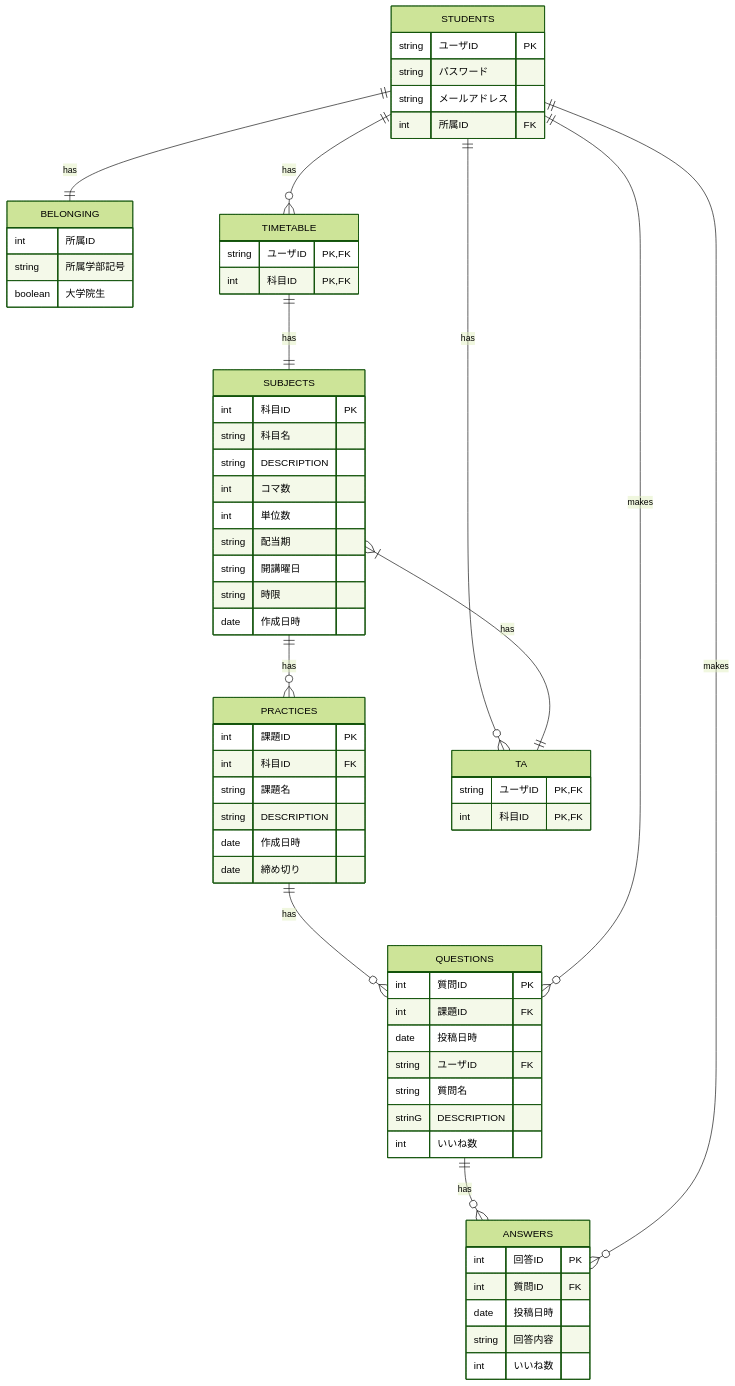
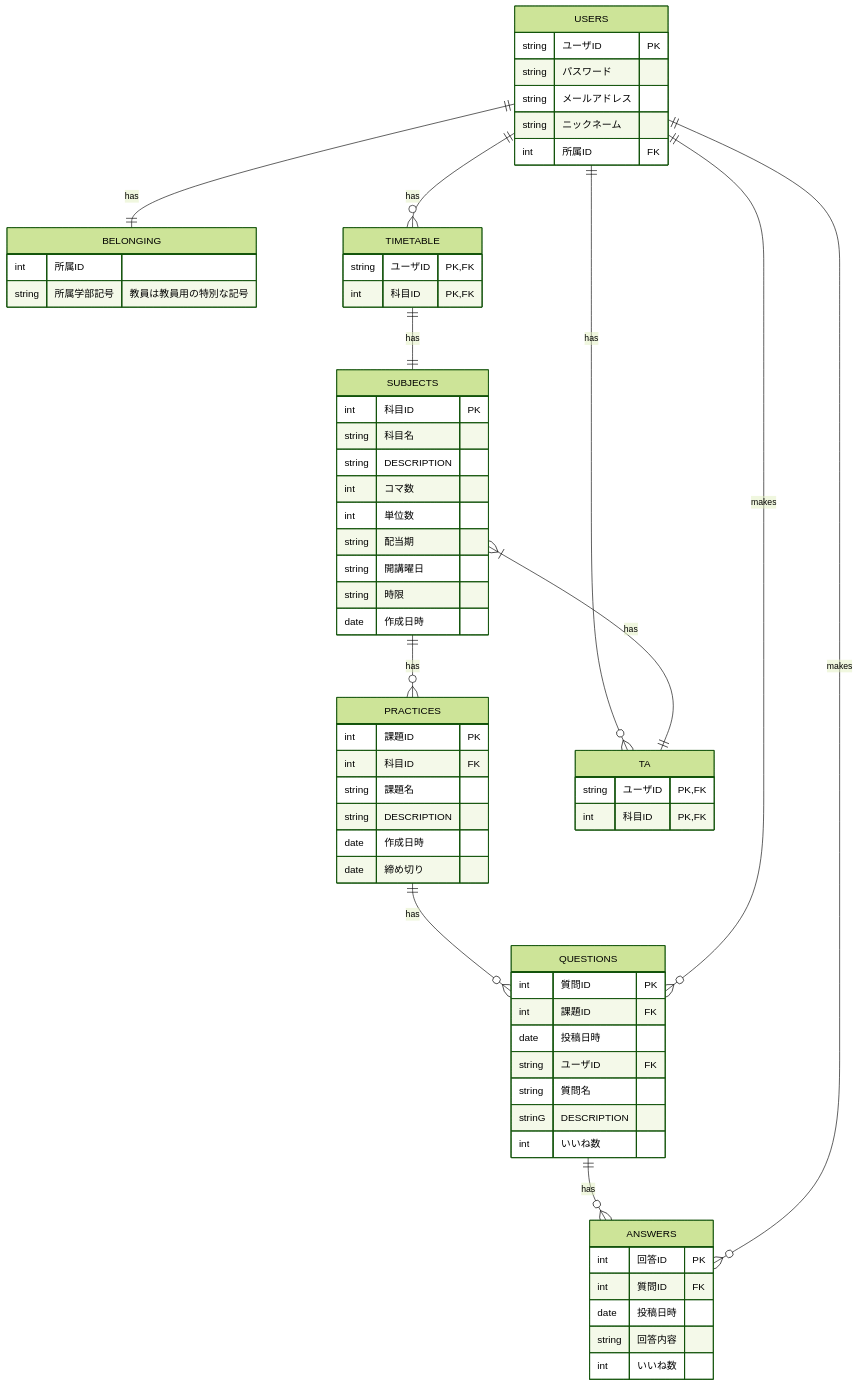
One commit to buhtiG27/ServerProgramming changed the diagram in QandA_ER.md. Above: the diagram before and after it, drawn with Mermaid (forest theme).

Commit message:
ER図のSTUDENTSテーブルをUSERSテーブルに名称変更

````diff
--- a/QandA_ER.md
+++ b/QandA_ER.md
@@ -3,75 +3,75 @@
 ```mermaid
     erDiagram
-        STUDENTS {
+        USERS {
             string ユーザID PK
             string パスワード
             string メールアドレス
+            string ニックネーム
             int 所属ID FK
         }
 
         BELONGING {
             int 所属ID
-            string 所属学部記号
-            boolean 大学院生
+            string 所属学部記号 "教員は教員用の特別な記号"
         }
 
         SUBJECTS {
             int 科目ID PK
             string 科目名
             string DESCRIPTION
             int コマ数
             int 単位数
             string 配当期
             string 開講曜日
             string 時限
             date 作成日時
         }
 
         PRACTICES {
             int 課題ID PK
             int 科目ID FK
             string 課題名
             string DESCRIPTION
             date 作成日時
             date 締め切り
         }
 
         QUESTIONS {
             int 質問ID PK
             int 課題ID FK
             date 投稿日時
             string ユーザID FK
             string 質問名
             strinG DESCRIPTION
             int いいね数
         }
 
         ANSWERS {
             int 回答ID PK
             int 質問ID FK
             date 投稿日時
             string 回答内容
             int いいね数
         }
 
         TIMETABLE {
             string ユーザID PK,FK
             int 科目ID PK,FK
         }
 
         TA {
             string ユーザID PK,FK
             int 科目ID PK, FK
         }
 
-        STUDENTS ||--o{ TIMETABLE : has
+        USERS ||--o{ TIMETABLE : has
         TIMETABLE ||--|| SUBJECTS : has
         SUBJECTS ||--o{ PRACTICES : has
         PRACTICES ||--o{ QUESTIONS : has
         QUESTIONS ||--o{ ANSWERS : has
-        STUDENTS ||--o{ QUESTIONS : makes
-        STUDENTS ||--o{ ANSWERS : makes
-        STUDENTS ||--|| BELONGING : has
-        STUDENTS ||--o{ TA : has
+        USERS ||--o{ QUESTIONS : makes
+        USERS ||--o{ ANSWERS : makes
+        USERS ||--|| BELONGING : has
+        USERS ||--o{ TA : has
         SUBJECTS }|--|| TA : has
 ```
````
